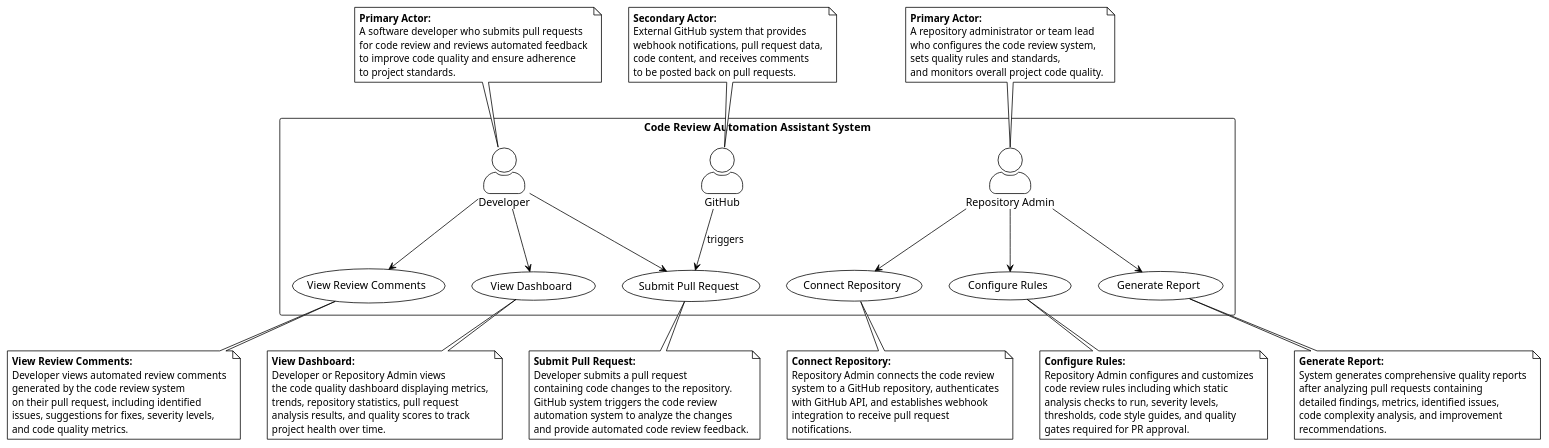
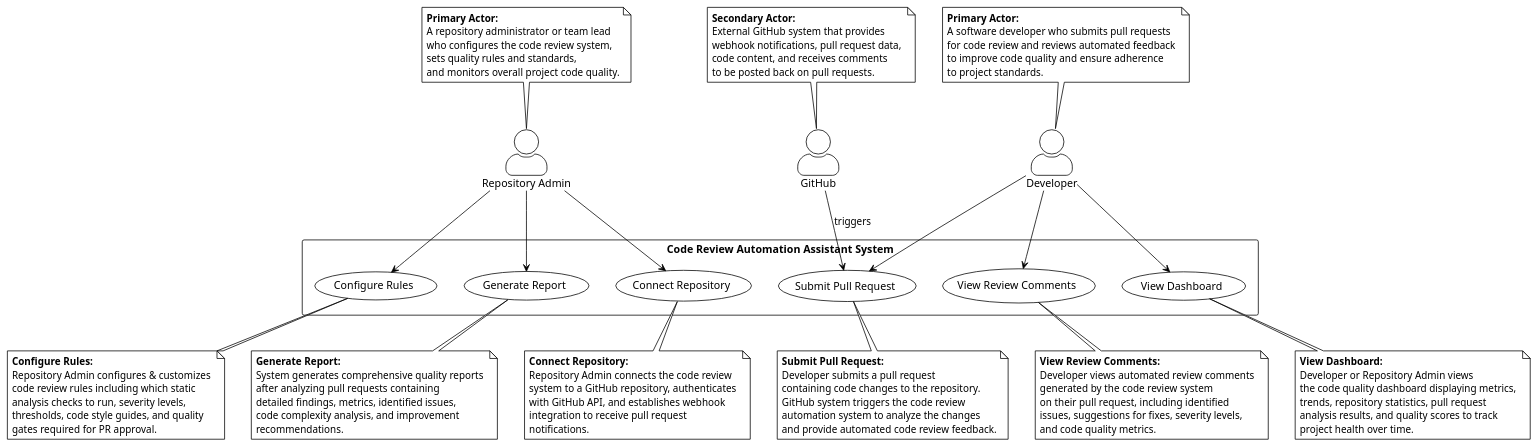
Before and after one commit to ruthvik279/CSCI_6234_Spring_2026_G07: the diagram in Requirements/Usecase/usecase.puml, drawn with PlantUML. The commit also changed 3 other files, not shown here.

Commit message:
updating the usecase diagram

```diff
--- a/Requirements/Usecase/usecase.puml
+++ b/Requirements/Usecase/usecase.puml
@@ -1,115 +1,113 @@
 @startuml CodeReviewAutomationAssistant
 !theme plain
 skinparam backgroundColor #FFFFFF
 skinparam actorStyle awesome
 
+' Actors (outside system boundary)
+actor "Developer" as Developer
+actor "GitHub" as System
+actor "Repository Admin" as Admin
+
 rectangle "Code Review Automation Assistant System" {
-    
-    ' Primary Actors
-    actor "Developer" as Developer
-    actor "Repository Admin" as Admin
-    
-    ' Secondary Actors
-    actor "GitHub" as System
     
     ' Use Cases
     usecase "Submit Pull Request" as UC1
     usecase "View Review Comments" as UC2
     usecase "Connect Repository" as UC3
     usecase "Configure Rules" as UC4
     usecase "View Dashboard" as UC5
     usecase "Generate Report" as UC6
     
     ' Developer Associations
     Developer --> UC1
     Developer --> UC2
     Developer --> UC5
     
     ' Repository Admin Associations
     Admin --> UC3
     Admin --> UC4
     Admin --> UC6
     
     ' GitHub System Associations
     System --> UC1 : triggers
 }
 
 note top of Developer
     **Primary Actor:** 
     A software developer who submits pull requests 
     for code review and reviews automated feedback 
     to improve code quality and ensure adherence 
     to project standards.
 end note
 
 note top of Admin
     **Primary Actor:** 
     A repository administrator or team lead 
     who configures the code review system, 
     sets quality rules and standards, 
     and monitors overall project code quality.
 end note
 
 note top of System
     **Secondary Actor:** 
     External GitHub system that provides 
     webhook notifications, pull request data, 
     code content, and receives comments 
     to be posted back on pull requests.
 end note
 
 note bottom of UC1
     **Submit Pull Request:** 
     Developer submits a pull request 
     containing code changes to the repository. 
     GitHub system triggers the code review 
     automation system to analyze the changes 
     and provide automated code review feedback.
 end note
 
 note bottom of UC2
     **View Review Comments:** 
     Developer views automated review comments 
     generated by the code review system 
     on their pull request, including identified 
     issues, suggestions for fixes, severity levels, 
     and code quality metrics.
 end note
 
 note bottom of UC3
     **Connect Repository:** 
     Repository Admin connects the code review 
     system to a GitHub repository, authenticates 
     with GitHub API, and establishes webhook 
     integration to receive pull request 
     notifications.
 end note
 
 note bottom of UC4
     **Configure Rules:** 
-    Repository Admin configures and customizes 
+    Repository Admin configures & customizes 
     code review rules including which static 
     analysis checks to run, severity levels, 
     thresholds, code style guides, and quality 
     gates required for PR approval.
 end note
 
 note bottom of UC5
     **View Dashboard:** 
     Developer or Repository Admin views 
     the code quality dashboard displaying metrics, 
     trends, repository statistics, pull request 
     analysis results, and quality scores to track 
     project health over time.
 end note
 
 note bottom of UC6
     **Generate Report:** 
     System generates comprehensive quality reports 
     after analyzing pull requests containing 
     detailed findings, metrics, identified issues, 
     code complexity analysis, and improvement 
     recommendations.
 end note
 
 @enduml
```
